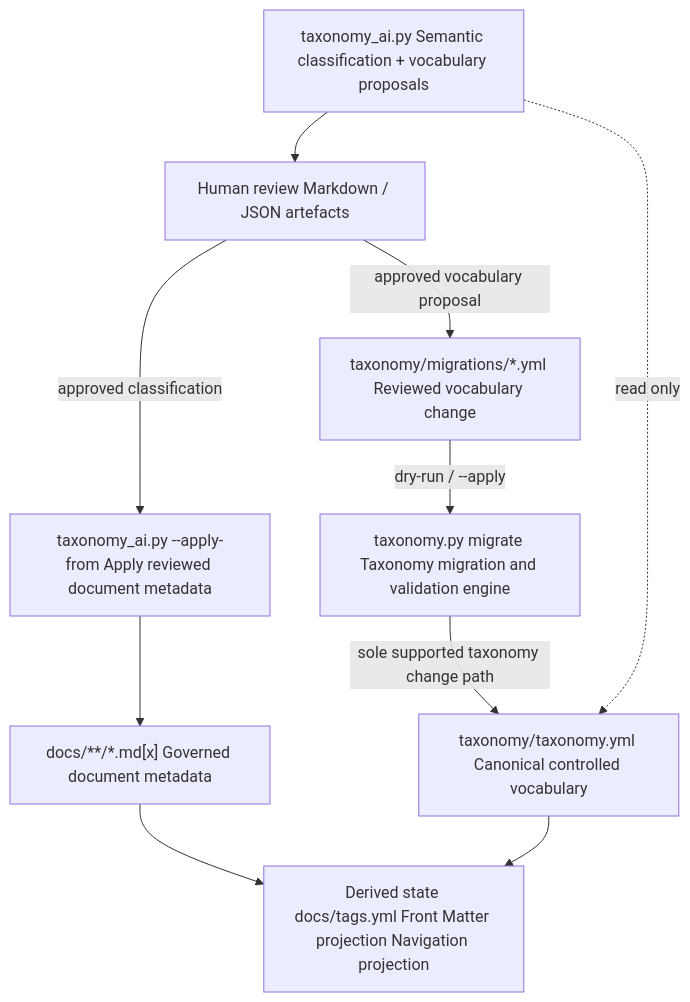
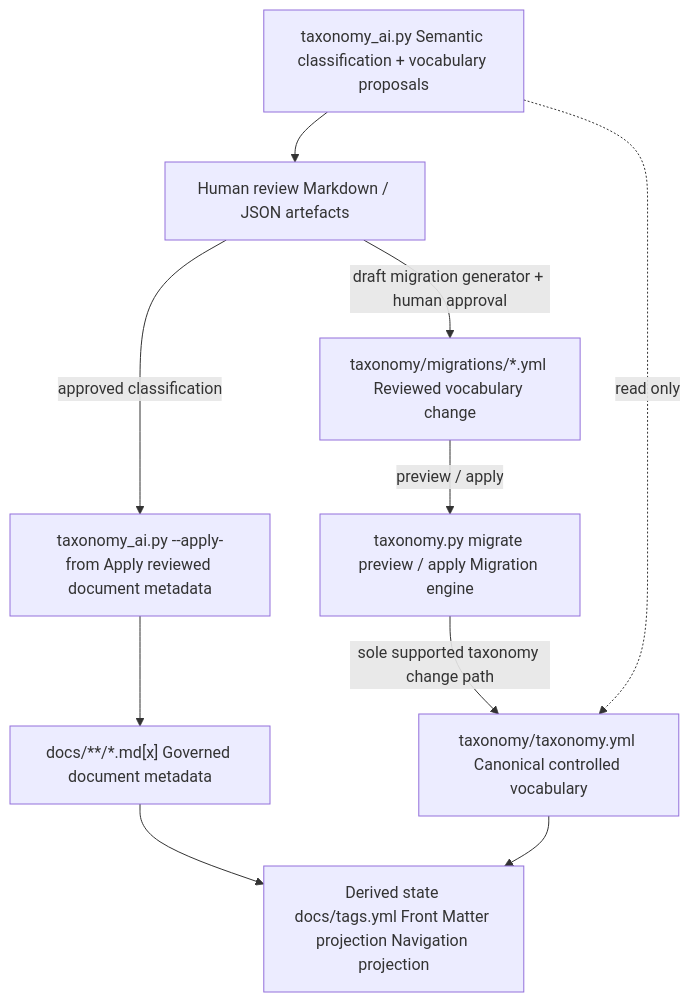
One commit to iand4096/docusaurusportfolio changed the first of 2 diagrams in docs/implementation-details/taxonomy.md. Above: the diagram before and after it, drawn with Mermaid. The commit also changed other lines of this file and 3 other files, not shown here.

````diff
--- a/docs/implementation-details/taxonomy.md
+++ b/docs/implementation-details/taxonomy.md
@@ -99,21 +99,21 @@
 ```mermaid
 flowchart TD
     AI["`taxonomy_ai.py Semantic classification + vocabulary proposals`"]
     REVIEW["`Human review Markdown / JSON artefacts`"]
     APPLY["`taxonomy_ai.py --apply-from Apply reviewed document metadata`"]
     MIGRATION["`taxonomy/migrations/*.yml Reviewed vocabulary change`"]
-    ENGINE["`taxonomy.py migrate Taxonomy migration and validation engine`"]
+    ENGINE["`taxonomy.py migrate preview / apply Migration engine`"]
     DOCS["`docs/**/*.md[x] Governed document metadata`"]
     TAXONOMY["`taxonomy/taxonomy.yml Canonical controlled vocabulary`"]
     DERIVED["`Derived state docs/tags.yml Front Matter projection Navigation projection`"]
 
     AI --> REVIEW
     REVIEW -->|"approved classification"| APPLY
     APPLY --> DOCS
-    REVIEW -->|"approved vocabulary proposal"| MIGRATION
-    MIGRATION -->|"dry-run / --apply"| ENGINE
+    REVIEW -->|"draft migration generator + human approval"| MIGRATION
+    MIGRATION -->|"preview / apply"| ENGINE
     ENGINE -->|"sole supported taxonomy change path"| TAXONOMY
     TAXONOMY --> DERIVED
     DOCS --> DERIVED
     AI -.->|"read only"| TAXONOMY
 ```
````
